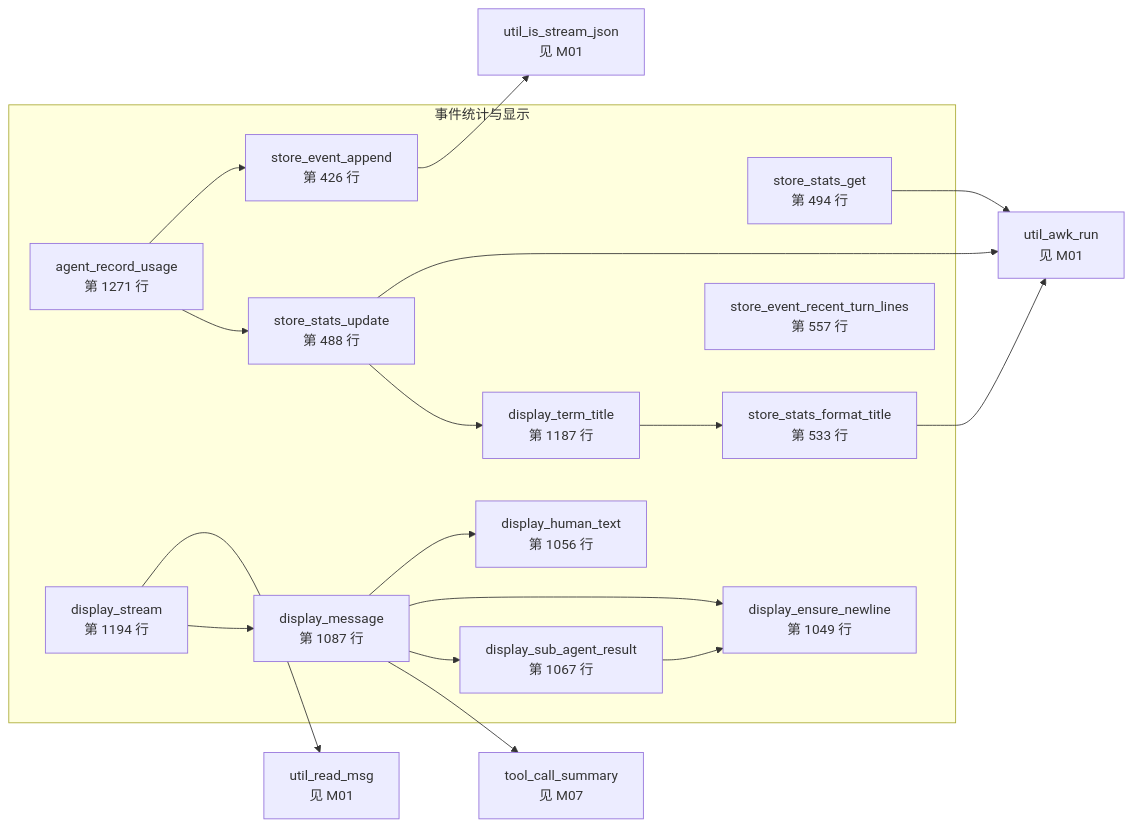
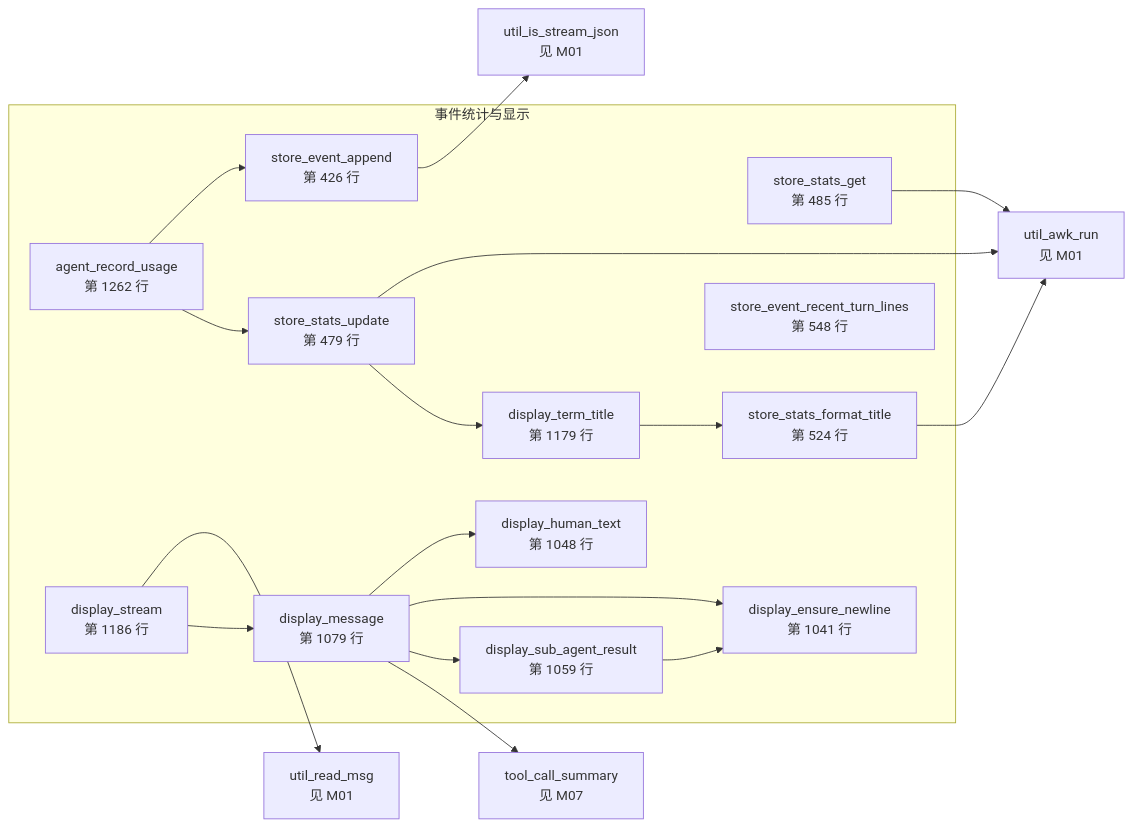
Diagram 12 of 15 in docs/bash-data-flow.md (lloydzhou/bash-agent), drawn with Mermaid before and after one commit. The commit also changed other lines of this file and 2 other files, not shown here.

First line of the commit message:
refactor: store_conv_get_messages 统一文件路径接口

````diff
--- a/docs/bash-data-flow.md
+++ b/docs/bash-data-flow.md
@@ -517,36 +513,36 @@
 ```mermaid
 flowchart LR
   subgraph mod_10["事件统计与显示"]
     f_store_event_append["store_event_append<br/>第 426 行"]
-    f_store_stats_update["store_stats_update<br/>第 488 行"]
-    f_store_stats_get["store_stats_get<br/>第 494 行"]
-    f_store_stats_format_title["store_stats_format_title<br/>第 533 行"]
-    f_store_event_recent_turn_lines["store_event_recent_turn_lines<br/>第 557 行"]
-    f_agent_record_usage["agent_record_usage<br/>第 1271 行"]
-    f_display_ensure_newline["display_ensure_newline<br/>第 1049 行"]
-    f_display_human_text["display_human_text<br/>第 1056 行"]
-    f_display_sub_agent_result["display_sub_agent_result<br/>第 1067 行"]
-    f_display_message["display_message<br/>第 1087 行"]
-    f_display_term_title["display_term_title<br/>第 1187 行"]
-    f_display_stream["display_stream<br/>第 1194 行"]
+    f_store_stats_update["store_stats_update<br/>第 479 行"]
+    f_store_stats_get["store_stats_get<br/>第 485 行"]
+    f_store_stats_format_title["store_stats_format_title<br/>第 524 行"]
+    f_store_event_recent_turn_lines["store_event_recent_turn_lines<br/>第 548 行"]
+    f_agent_record_usage["agent_record_usage<br/>第 1262 行"]
+    f_display_ensure_newline["display_ensure_newline<br/>第 1041 行"]
+    f_display_human_text["display_human_text<br/>第 1048 行"]
+    f_display_sub_agent_result["display_sub_agent_result<br/>第 1059 行"]
+    f_display_message["display_message<br/>第 1079 行"]
+    f_display_term_title["display_term_title<br/>第 1179 行"]
+    f_display_stream["display_stream<br/>第 1186 行"]
   end
   f_tool_call_summary["tool_call_summary<br/>见 M07"]
   f_util_awk_run["util_awk_run<br/>见 M01"]
   f_util_is_stream_json["util_is_stream_json<br/>见 M01"]
   f_util_read_msg["util_read_msg<br/>见 M01"]
   f_store_event_append --> f_util_is_stream_json
   f_store_stats_update --> f_util_awk_run
   f_store_stats_update --> f_display_term_title
   f_store_stats_get --> f_util_awk_run
   f_store_stats_format_title --> f_util_awk_run
   f_agent_record_usage --> f_store_event_append
   f_agent_record_usage --> f_store_stats_update
   f_display_sub_agent_result --> f_display_ensure_newline
   f_display_message --> f_display_human_text
   f_display_message --> f_display_ensure_newline
   f_display_message --> f_display_sub_agent_result
   f_display_message --> f_tool_call_summary
   f_display_term_title --> f_store_stats_format_title
   f_display_stream --> f_util_read_msg
   f_display_stream --> f_display_message
 ```
````
